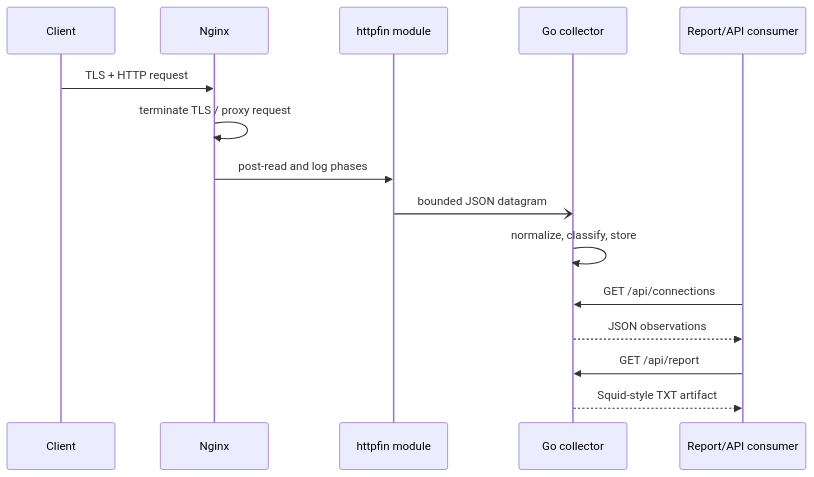
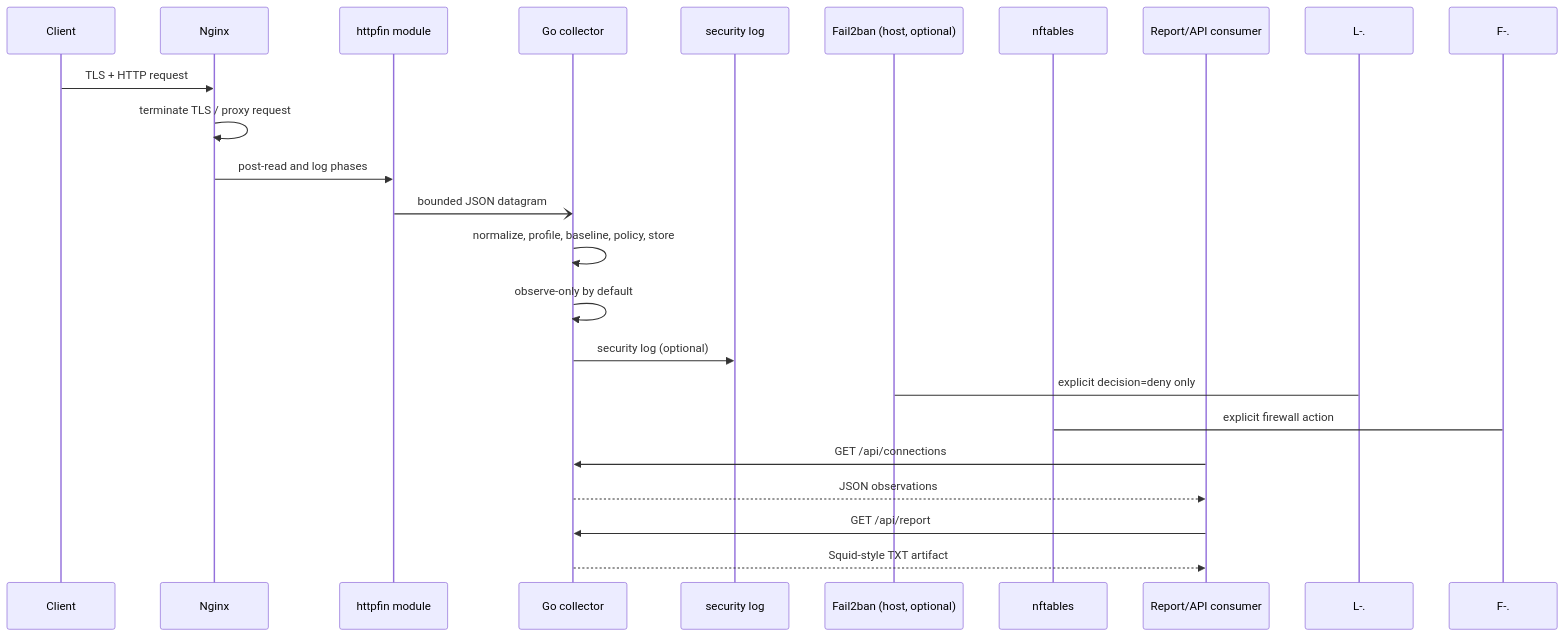
Before and after one commit to rbelshevitz/httpfin: the fourth of 5 diagrams in docs/ARCHITECTURE.md, drawn with Mermaid. The commit also changed other lines of this file and 37 other files, not shown here.

````diff
--- a/docs/ARCHITECTURE.md
+++ b/docs/ARCHITECTURE.md
@@ -54,18 +86,25 @@
 ```mermaid
 sequenceDiagram
     participant C as Client
     participant N as Nginx
     participant M as httpfin module
     participant G as Go collector
+    participant L as security log
+    participant F as Fail2ban (host, optional)
+    participant W as nftables
     participant R as Report/API consumer
 
     C->>N: TLS + HTTP request
     N->>N: terminate TLS / proxy request
     N->>M: post-read and log phases
     M-)G: bounded JSON datagram
-    G->>G: normalize, classify, store
+    G->>G: normalize, profile, baseline, policy, store
+    G->>G: observe-only by default
+    G->>L: security log (optional)
+    L-.->F: explicit decision=deny only
+    F-.->W: explicit firewall action
     R->>G: GET /api/connections
     G-->>R: JSON observations
     R->>G: GET /api/report
     G-->>R: Squid-style TXT artifact
 ```
````
